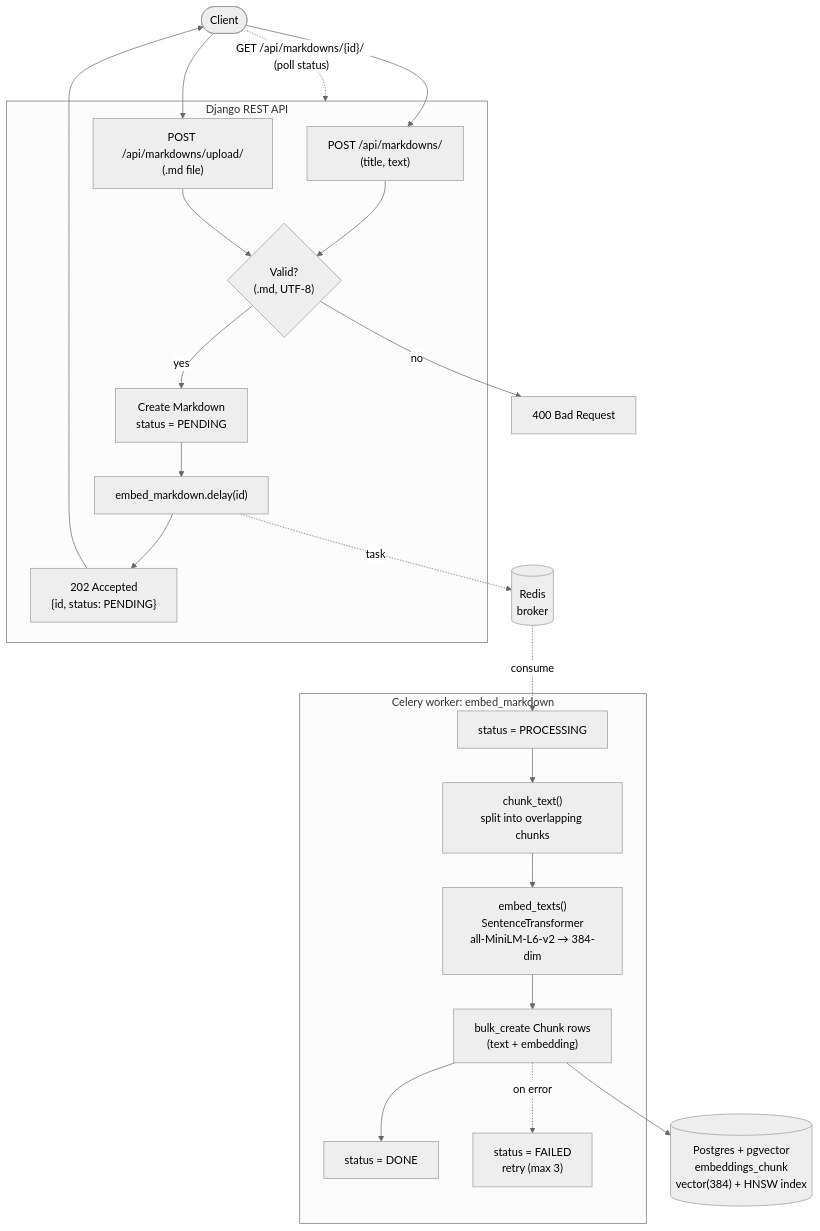
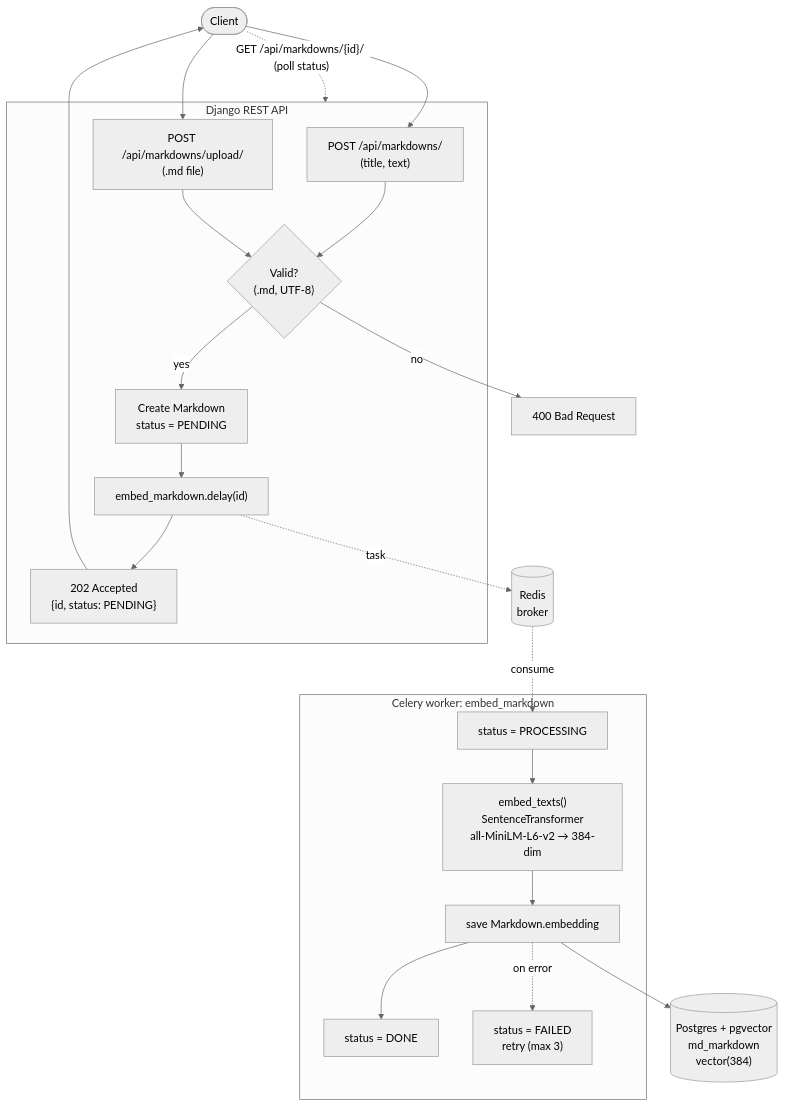
Before and after one commit to karthikeyanrathore/mdp-manager: the diagram in README.md, drawn with Mermaid (neutral theme). The commit also changed other lines of this file and 55 other files, not shown here.

````diff
--- a/README.md
+++ b/README.md
@@ -12,41 +11,40 @@
 ```mermaid
 flowchart TD
     Client([Client])
 
     subgraph API["Django REST API"]
         JSON["POST /api/markdowns/<br/>(title, text)"]
         Upload["POST /api/markdowns/upload/<br/>(.md file)"]
         Validate{"Valid?<br/>(.md, UTF-8)"}
         Create["Create Markdown<br/>status = PENDING"]
         Enqueue["embed_markdown.delay(id)"]
         Resp202["202 Accepted<br/>{id, status: PENDING}"]
     end
 
     Broker[("Redis<br/>broker")]
 
     subgraph Worker["Celery worker: embed_markdown"]
         Proc["status = PROCESSING"]
-        Chunk["chunk_text()<br/>split into overlapping chunks"]
         Embed["embed_texts()<br/>SentenceTransformer<br/>all-MiniLM-L6-v2 → 384-dim"]
-        Save["bulk_create Chunk rows<br/>(text + embedding)"]
+        Save["save Markdown.embedding"]
         Done["status = DONE"]
         Fail["status = FAILED<br/>retry (max 3)"]
     end
 
-    DB[("Postgres + pgvector<br/>embeddings_chunk<br/>vector(384) + HNSW index")]
+    DB[("Postgres + pgvector<br/>md_markdown<br/>vector(384)")]
 
     Client --> JSON
     Client --> Upload
     JSON --> Validate
     Upload --> Validate
     Validate -- no --> Err["400 Bad Request"]
     Validate -- yes --> Create --> Enqueue --> Resp202
     Resp202 --> Client
     Enqueue -. task .-> Broker
     Broker -. consume .-> Proc
-    Proc --> Chunk --> Embed --> Save --> Done
+    Proc --> Embed --> Save --> Done
     Save -. on error .-> Fail
     Save --> DB
 
     Client -. "GET /api/markdowns/{id}/ (poll status)" .-> API
 ```
````
